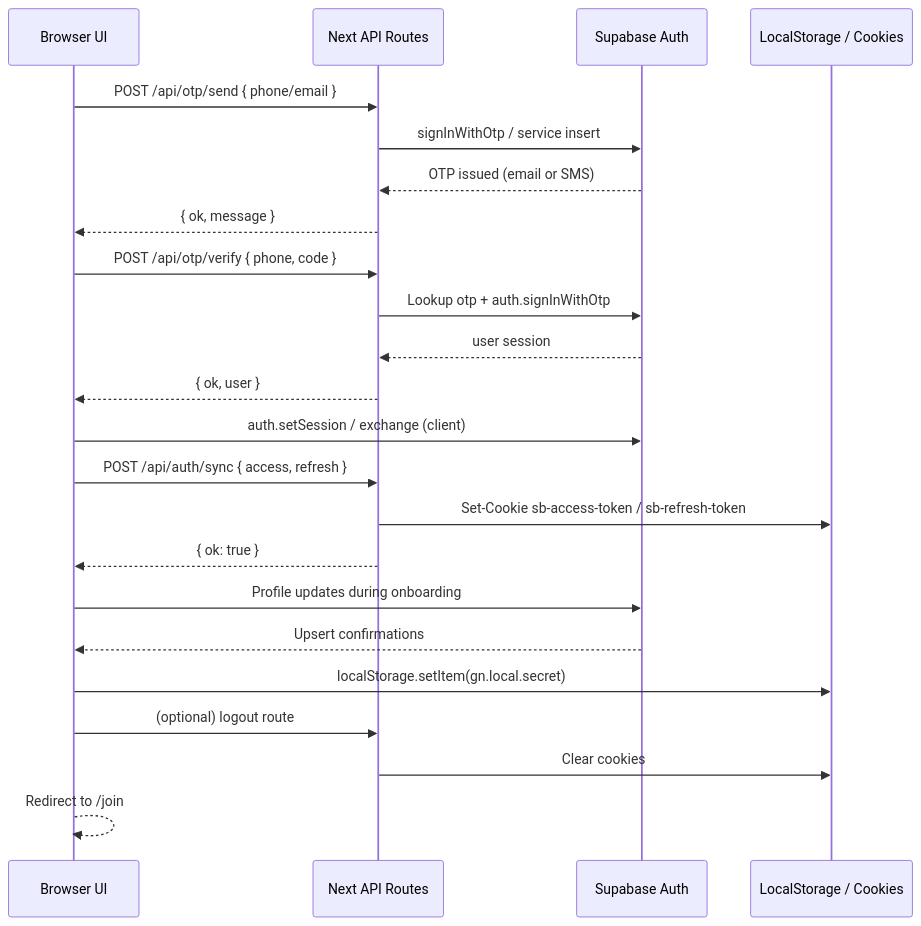
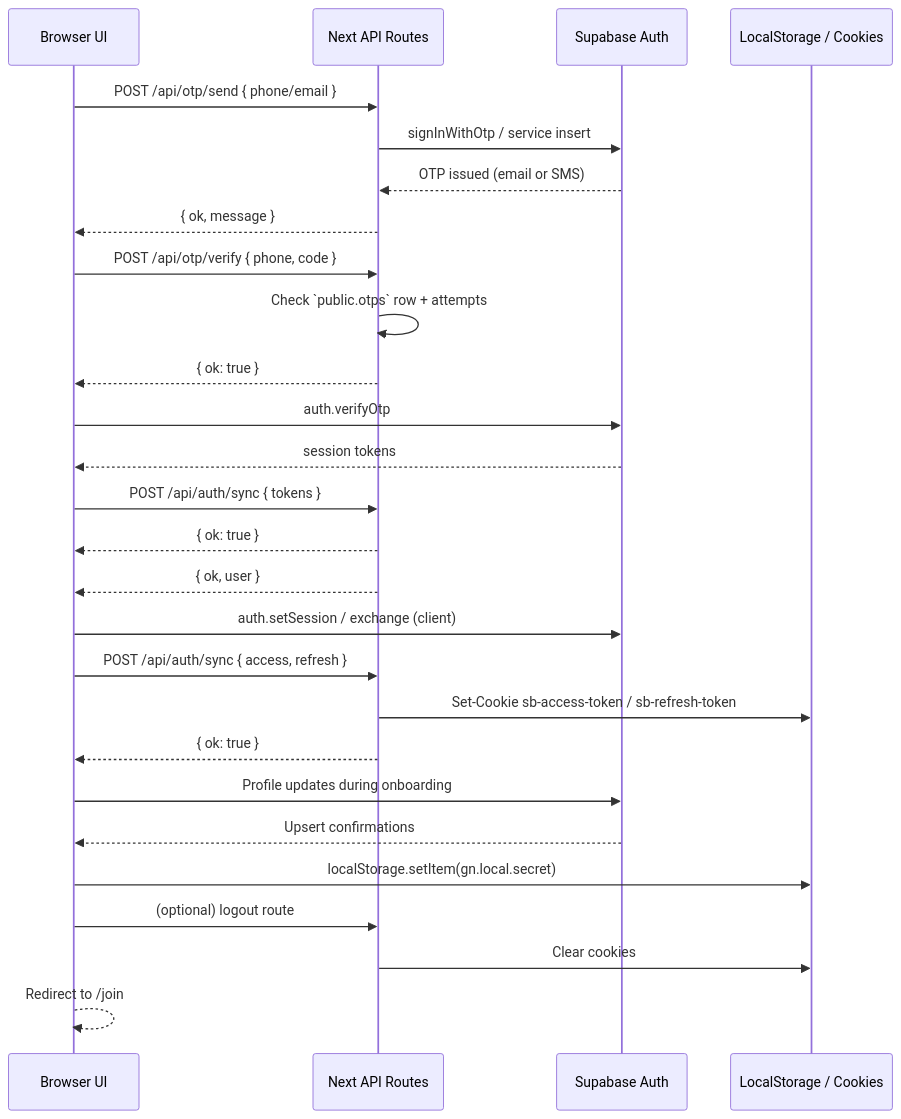
The second of 2 diagrams in AUTH_CONTROL_TOWER.md (Zenslim/Gatishil), drawn with Mermaid before and after one commit. The commit also changed other lines of this file and 26 other files, not shown here.

Commit message:
feat(auth): systemic overhaul — Nepal-only phone, removed passkey, unified OTP, guarded onboarding, cookie-synced sessions

````diff
--- a/AUTH_CONTROL_TOWER.md
+++ b/AUTH_CONTROL_TOWER.md
@@ -106,31 +102,35 @@
 ```mermaid
 sequenceDiagram
     participant B as Browser UI
     participant API as Next API Routes
     participant SB as Supabase Auth
     participant ST as LocalStorage / Cookies
 
     B->>API: POST /api/otp/send { phone/email }
     API->>SB: signInWithOtp / service insert
     SB-->>API: OTP issued (email or SMS)
     API-->>B: { ok, message }
 
     B->>API: POST /api/otp/verify { phone, code }
-    API->>SB: Lookup otp + auth.signInWithOtp
-    SB-->>API: user session
+    API->>API: Check `public.otps` row + attempts
+    API-->>B: { ok: true }
+    B->>SB: auth.verifyOtp
+    SB-->>B: session tokens
+    B->>API: POST /api/auth/sync { tokens }
+    API-->>B: { ok: true }
     API-->>B: { ok, user }
     B->>SB: auth.setSession / exchange (client)
 
     B->>API: POST /api/auth/sync { access, refresh }
     API->>ST: Set-Cookie sb-access-token / sb-refresh-token
     API-->>B: { ok: true }
 
     B->>SB: Profile updates during onboarding
     SB-->>B: Upsert confirmations
 
     B->>ST: localStorage.setItem(gn.local.secret)
 
     B->>API: (optional) logout route
     API->>ST: Clear cookies
     B-->>B: Redirect to /join
 ```
````
